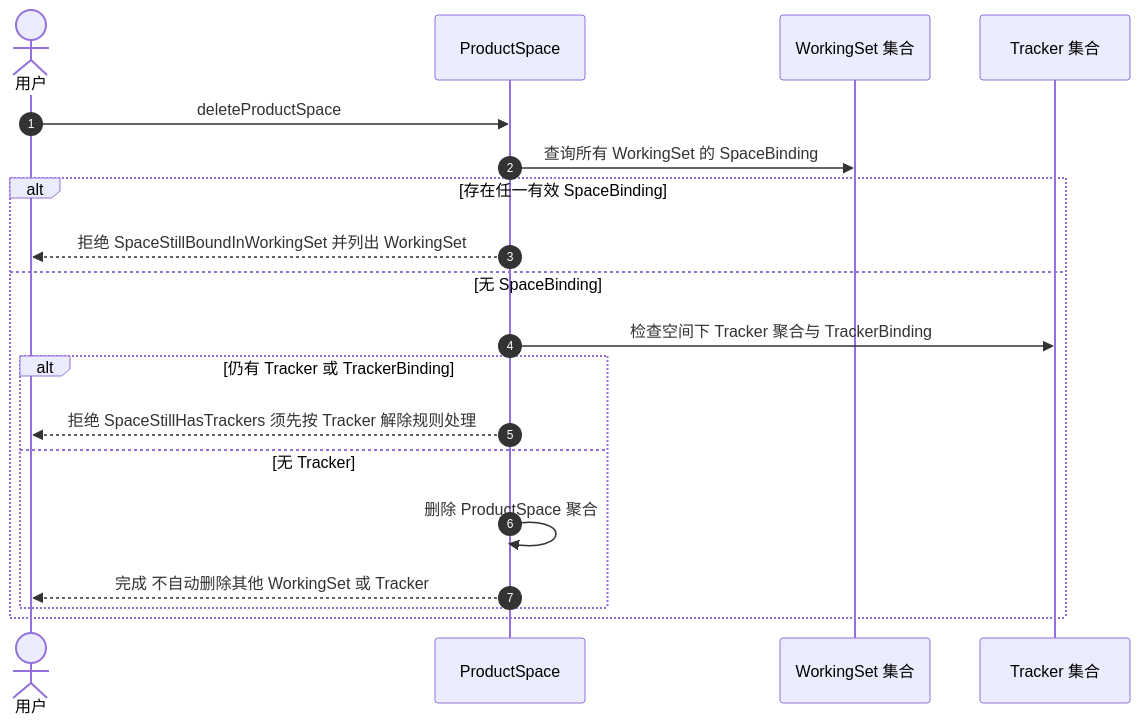
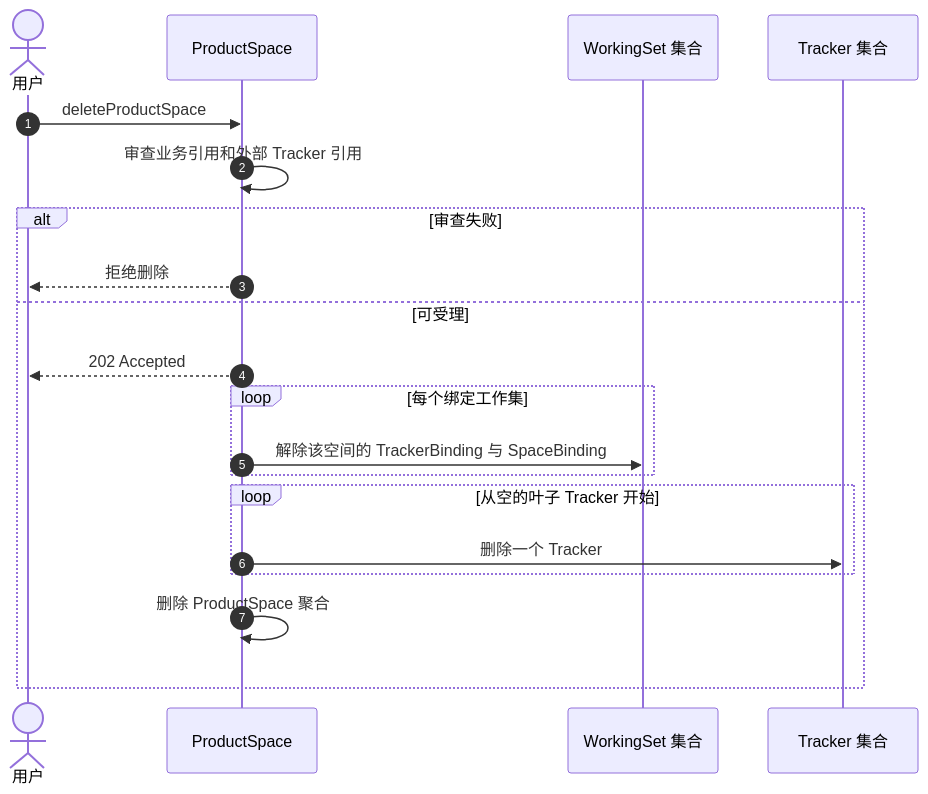
The third of 4 diagrams in docs/working-set/diagrams/binding-lifecycle.md (Greytrack/ddd-workingset), drawn with Mermaid before and after one commit. The commit also changed other lines of this file and 28 other files, not shown here.

````diff
--- a/docs/working-set/diagrams/binding-lifecycle.md
+++ b/docs/working-set/diagrams/binding-lifecycle.md
@@ -93,22 +72,23 @@
 ```mermaid
 sequenceDiagram
     autonumber
     actor U as 用户
     participant PS as ProductSpace
     participant WS as WorkingSet 集合
     participant TR as Tracker 集合
 
     U->>PS: deleteProductSpace
-    PS->>WS: 查询所有 WorkingSet 的 SpaceBinding
-    alt 存在任一有效 SpaceBinding
-        PS-->>U: 拒绝 SpaceStillBoundInWorkingSet 并列出 WorkingSet
-    else 无 SpaceBinding
-        PS->>TR: 检查空间下 Tracker 聚合与 TrackerBinding
-        alt 仍有 Tracker 或 TrackerBinding
-            PS-->>U: 拒绝 SpaceStillHasTrackers 须先按 Tracker 解除规则处理
-        else 无 Tracker
-            PS->>PS: 删除 ProductSpace 聚合
-            PS-->>U: 完成 不自动删除其他 WorkingSet 或 Tracker
+    PS->>PS: 审查业务引用和外部 Tracker 引用
+    alt 审查失败
+        PS-->>U: 拒绝删除
+    else 可受理
+        PS-->>U: 202 Accepted
+        loop 每个绑定工作集
+            PS->>WS: 解除该空间的 TrackerBinding 与 SpaceBinding
         end
+        loop 从空的叶子 Tracker 开始
+            PS->>TR: 删除一个 Tracker
+        end
+        PS->>PS: 删除 ProductSpace 聚合
     end
 ```
````
